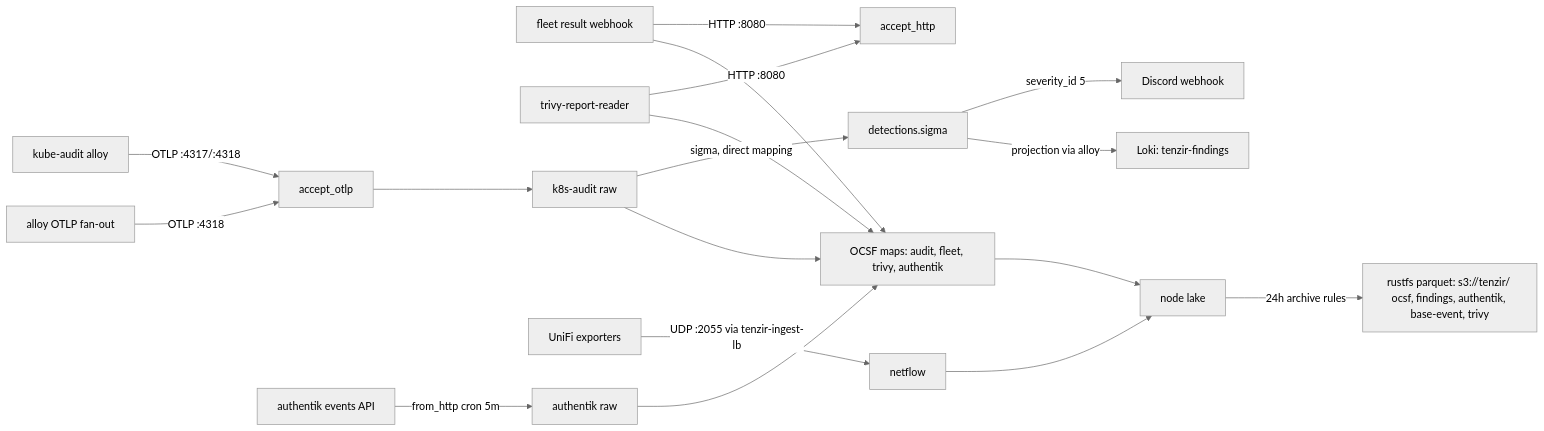
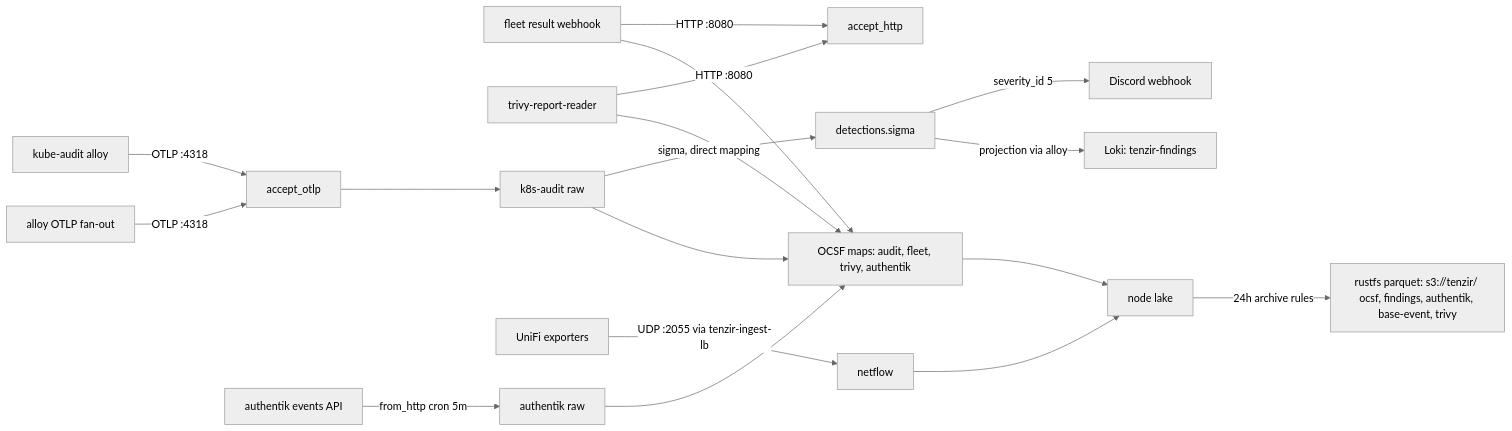
The diagram in flux/manifests/03-services/observability/tenzir/core/README.md (Apocrathia/homelab), drawn with Mermaid (neutral theme) before and after one commit. The commit also changed 1 other file, not shown here.

Commit message:
docs(observability): restore the pattern chart on the tenzir README
The pattern lap deleted the combined pipeline chart from the root tenzir
README, leaving it chart-less. This adds a pattern-level architecture chart
back: the shared node shape (listeners -> parse via the homelab TQL package
-> OCSF + sigma -> node-local lake), the core/tetragon role split with its
why, the findings egress (Discord doorbell, Loki projection), the 24h hot
window with rustfs parquet as the OCSF record, and the hosted Tenzir
Platform as a dashed control-plane-only WebSocket.

Per-node wiring detail stays in the per-deployment Connectivity charts:
core/README.md and tetragon/README.md each keep their own chart. One drift
fixed while verifying them: the core chart claimed the kube-audit alloy
pushes to :4317/:4318, but the alloy config only pushes :4318.

````diff
--- a/flux/manifests/03-services/observability/tenzir/core/README.md
+++ b/flux/manifests/03-services/observability/tenzir/core/README.md
@@ -27,21 +27,21 @@
 ```mermaid
 flowchart LR
-    KAT[kube-audit alloy] -->|"OTLP :4317/:4318"| AO[accept_otlp]
+    KAT[kube-audit alloy] -->|"OTLP :4318"| AO[accept_otlp]
     ALY["alloy OTLP fan-out"] -->|"OTLP :4318"| AO
     FRW["fleet result webhook"] -->|"HTTP :8080"| AH[accept_http]
     TRR[trivy-report-reader] -->|"HTTP :8080"| AH
     AKE["authentik events API"] -->|"from_http cron 5m"| AR["authentik raw"]
     UE["UniFi exporters"] -->|"UDP :2055 via tenzir-ingest-lb"| NF[netflow]
 
     AO --> KR["k8s-audit raw"]
     KR -->|"sigma, direct mapping"| SIG[detections.sigma]
     SIG -->|"severity_id 5"| DSC["Discord webhook"]
     SIG -->|"projection via alloy"| LOKI["Loki: tenzir-findings"]
     KR --> MAP["OCSF maps: audit, fleet, trivy, authentik"]
     AR --> MAP
     FRW --> MAP
     TRR --> MAP
     NF --> LAKE["node lake"]
     MAP --> LAKE
     LAKE -->|"24h archive rules"| S3["rustfs parquet: s3://tenzir/ ocsf, findings, authentik, base-event, trivy"]
 ```
````
